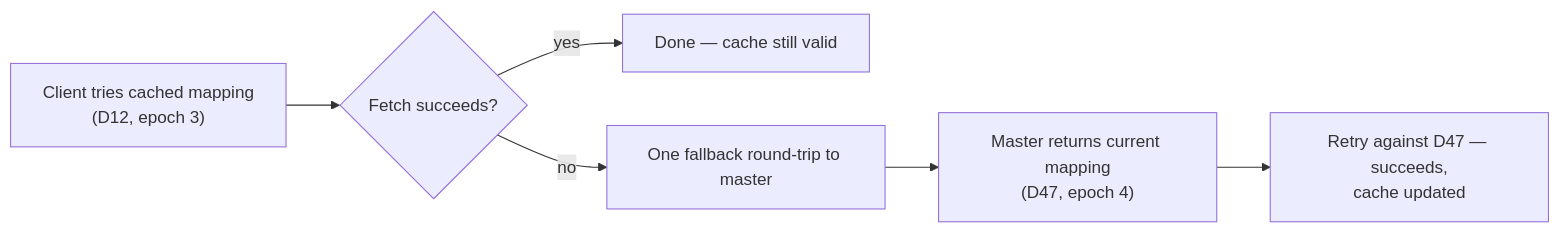
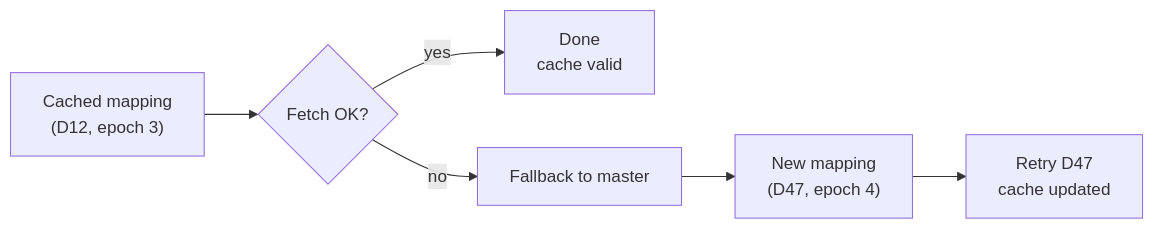
One commit to riyaz-pasha/Learnings changed the seventh of 16 diagrams in system-design/HLD/0-course/20-Blob-Store-FAANG-Guide-story.md. Above: the diagram before and after it, drawn with Mermaid. The commit also changed other lines of this file and 1 other file, not shown here.

First line of the commit message:
improve readability and fix mermaid diagrams for Blob Store guides

````diff
--- a/system-design/HLD/0-course/20-Blob-Store-FAANG-Guide-story.md
+++ b/system-design/HLD/0-course/20-Blob-Store-FAANG-Guide-story.md
@@ -199,8 +367,8 @@
 ```mermaid
 flowchart LR
-    A["Client tries cached mapping\n(D12, epoch 3)"] --> B{"Fetch succeeds?"}
-    B -->|yes| C["Done — cache still valid"]
-    B -->|no| D["One fallback round-trip to master"]
-    D --> E["Master returns current mapping\n(D47, epoch 4)"]
-    E --> F["Retry against D47 — succeeds,\ncache updated"]
+    A["Cached mapping\n(D12, epoch 3)"] --> B{Fetch OK?}
+    B -->|yes| C[Done\ncache valid]
+    B -->|no| D[Fallback to master]
+    D --> E["New mapping\n(D47, epoch 4)"]
+    E --> F[Retry D47\ncache updated]
 ```
````
